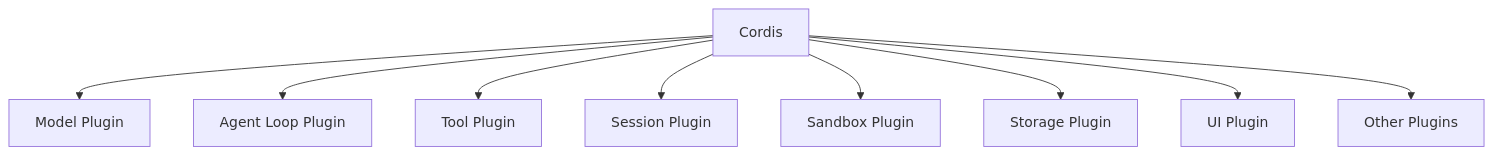
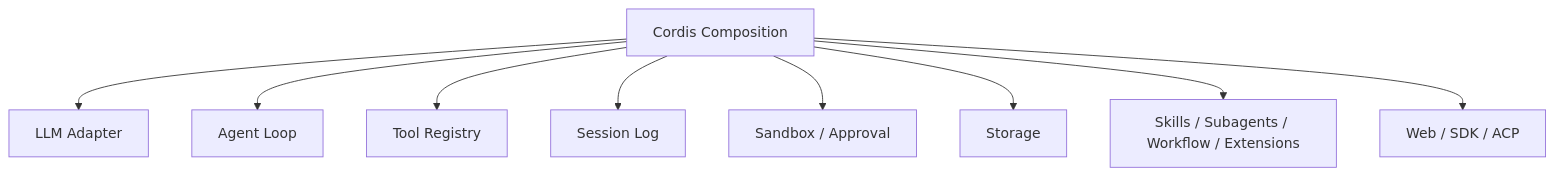
Before and after one commit to indigofeather/harness-book: the second of 9 diagrams in docs/comparison/codex-vs-deepseek.md, drawn with Mermaid. The commit also changed other lines of this file and 13 other files, not shown here.

````diff
--- a/docs/comparison/codex-vs-deepseek.md
+++ b/docs/comparison/codex-vs-deepseek.md
@@ -43,12 +41,12 @@
 ```mermaid
 flowchart TB
-  C[Cordis]
-  C --> M[Model Plugin]
-  C --> L[Agent Loop Plugin]
-  C --> T[Tool Plugin]
-  C --> S[Session Plugin]
-  C --> SB[Sandbox Plugin]
-  C --> ST[Storage Plugin]
-  C --> UI[UI Plugin]
-  C --> X[Other Plugins]
+  C[Cordis Composition]
+  C --> M[LLM Adapter]
+  C --> L[Agent Loop]
+  C --> T[Tool Registry]
+  C --> S[Session Log]
+  C --> SB[Sandbox / Approval]
+  C --> ST[Storage]
+  C --> EXT[Skills / Subagents / Workflow / Extensions]
+  C --> UI[Web / SDK / ACP]
 ```
````
